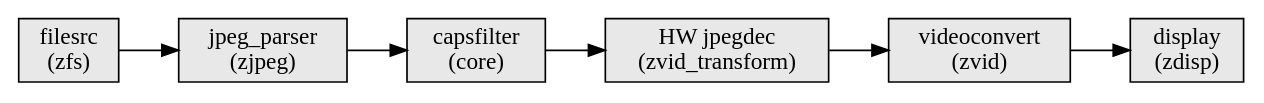
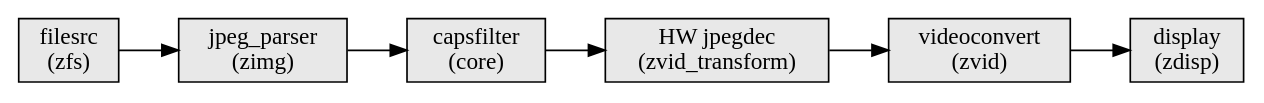
One commit to nxp-upstream/zephyr changed the first of 2 diagrams in samples/subsys/mp/jpeg_dec/README.rst. Above: the diagram before and after it, drawn with Graphviz. The commit also changed other lines of this file and 15 other files, not shown here.

First line of the commit message:
Rename zjpeg to zimg plugin

```diff
--- a/samples/subsys/mp/jpeg_dec/README.rst
+++ b/samples/subsys/mp/jpeg_dec/README.rst
@@ -24,13 +24,13 @@
 .. graphviz::
 
    digraph pipeline_a {
      rankdir=LR;
      node [shape=box, style=filled, fillcolor="#e8e8e8"];
      filesrc      [label="filesrc\n(zfs)"];
-     jpeg_parser  [label="jpeg_parser\n(zjpeg)"];
+     jpeg_parser  [label="jpeg_parser\n(zimg)"];
      capsfilter   [label="capsfilter\n(core)"];
      hw_jpegdec   [label="HW jpegdec\n(zvid_transform)"];
      videoconvert [label="videoconvert\n(zvid)"];
      display      [label="display\n(zdisp)"];
      filesrc -> jpeg_parser -> capsfilter -> hw_jpegdec -> videoconvert -> display;
    }
```
